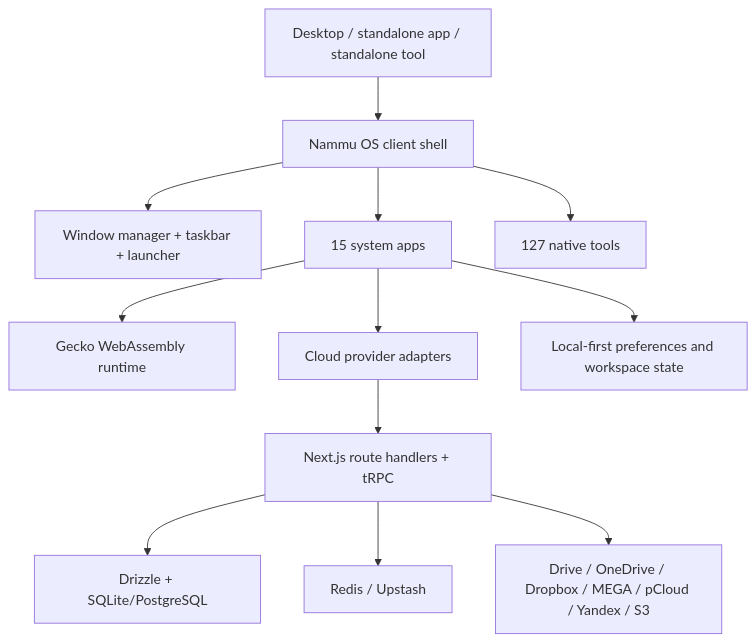
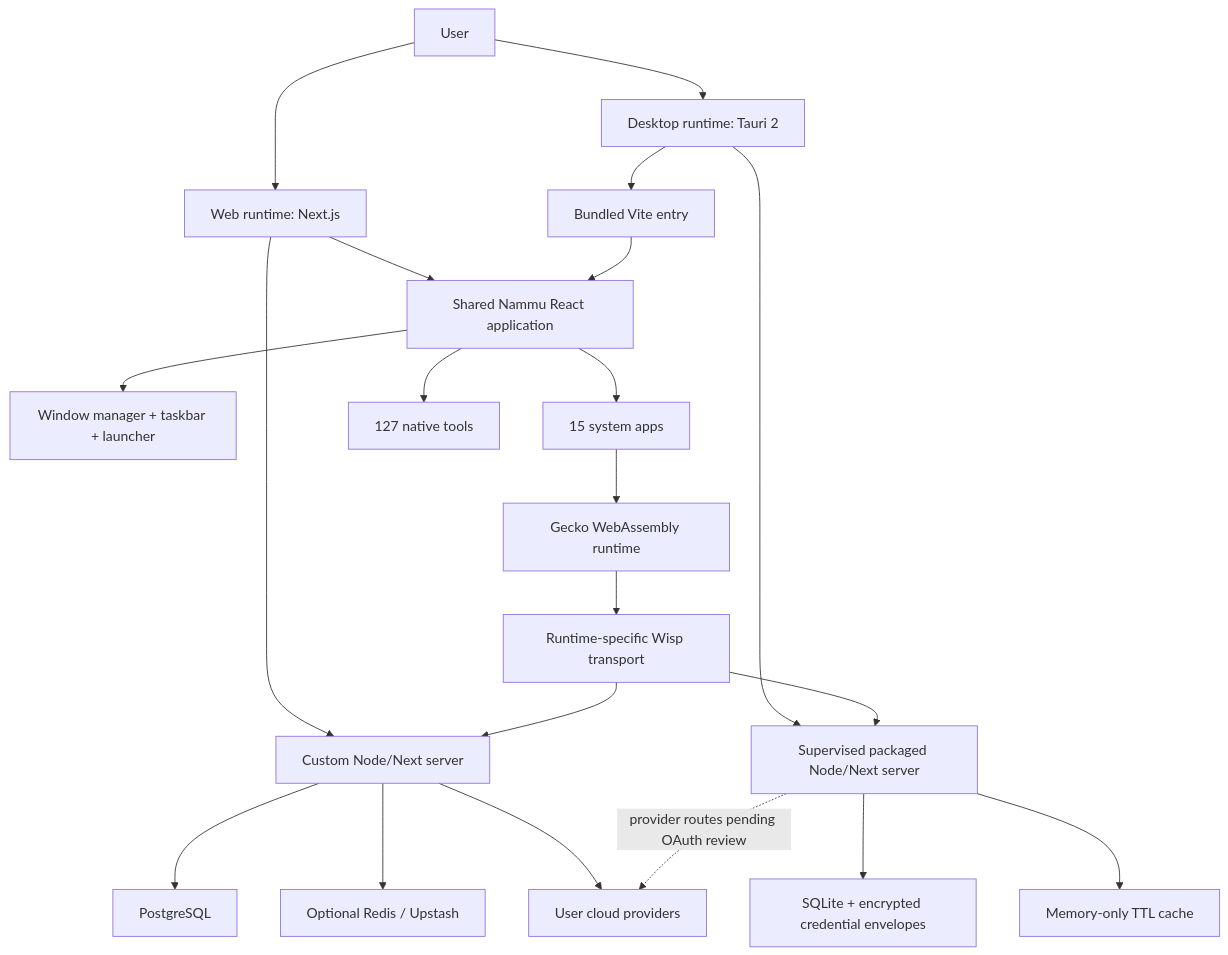
Before and after one commit to NammuOS/nammu-os: the diagram in README.md, drawn with Mermaid. The commit also changed other lines of this file and 640 other files, not shown here.

````diff
--- a/README.md
+++ b/README.md
@@ -156,14 +157,23 @@
 ```mermaid
 flowchart TB
-  User[Desktop / standalone app / standalone tool] --> Shell[Nammu OS client shell]
+  User[User] --> Web[Web runtime: Next.js]
+  User --> Desktop[Desktop runtime: Tauri 2]
+  Web --> Shell[Shared Nammu React application]
+  Desktop --> Bundle[Bundled Vite entry]
+  Bundle --> Shell
   Shell --> Windows[Window manager + taskbar + launcher]
   Shell --> Apps[15 system apps]
   Shell --> Tools[127 native tools]
+  Web --> WebServer[Custom Node/Next server]
+  WebServer --> Postgres[PostgreSQL]
+  WebServer --> Redis[Optional Redis / Upstash]
+  Desktop --> LocalServer[Supervised packaged Node/Next server]
+  LocalServer --> SQLite[SQLite + encrypted credential envelopes]
+  LocalServer --> Memory[Memory-only TTL cache]
   Apps --> Gecko[Gecko WebAssembly runtime]
-  Apps --> Cloud[Cloud provider adapters]
-  Apps --> Local[Local-first preferences and workspace state]
-  Cloud --> Routes[Next.js route handlers + tRPC]
-  Routes --> Data[Drizzle + SQLite/PostgreSQL]
-  Routes --> Cache[Redis / Upstash]
-  Routes --> Providers[Drive / OneDrive / Dropbox / MEGA / pCloud / Yandex / S3]
+  Gecko --> Wisp[Runtime-specific Wisp transport]
+  Wisp --> WebServer
+  Wisp --> LocalServer
+  WebServer --> Providers[User cloud providers]
+  LocalServer -. provider routes pending OAuth review .-> Providers
 ```
````
